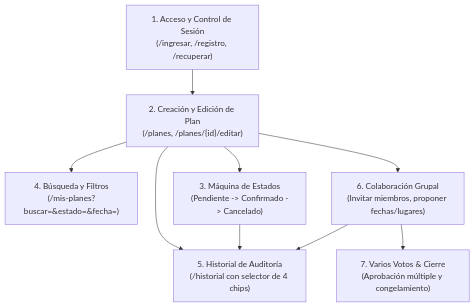
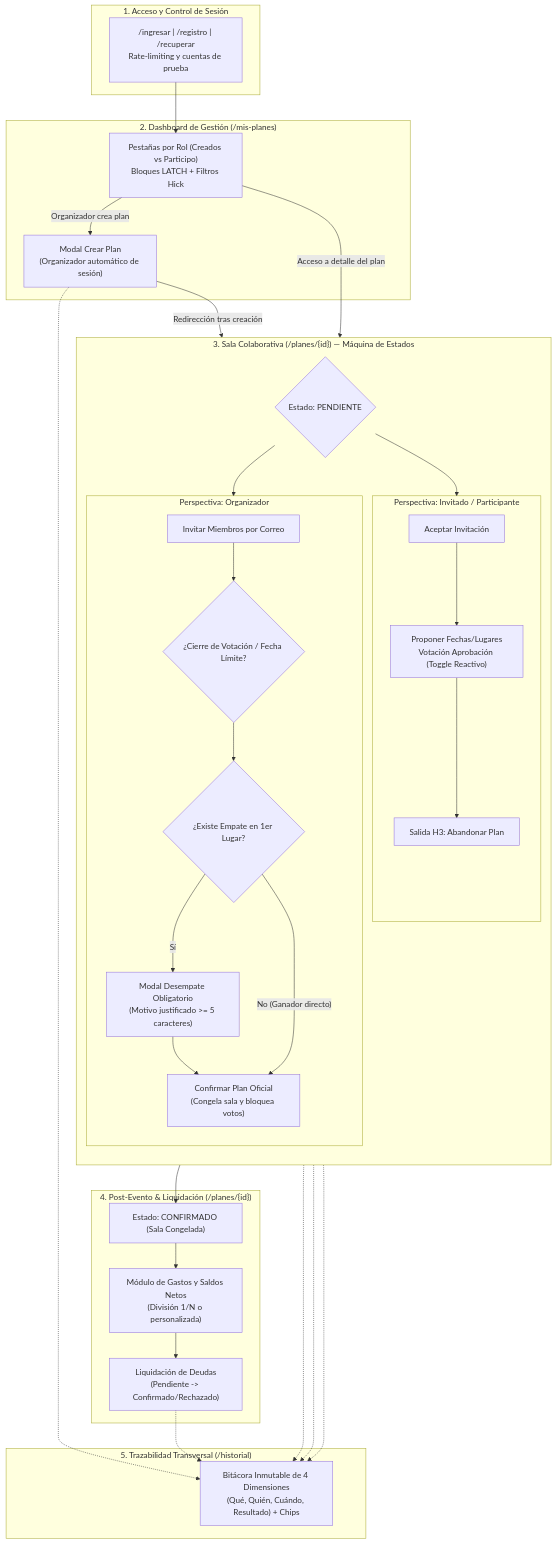
One commit to moises-cisneros/Proyecto2IHC changed the diagram in README.md. Above: the diagram before and after it, drawn with Mermaid. The commit also changed other lines of this file and 3 other files, not shown here.

````diff
--- a/README.md
+++ b/README.md
@@ -141,9 +141,57 @@
 ```mermaid
 flowchart TD
-    F1["1. Acceso y Control de Sesión<br/>(/ingresar, /registro, /recuperar)"] --> F2["2. Creación y Edición de Plan<br/>(/planes, /planes/{id}/editar)"]
-    F2 --> F4["4. Búsqueda y Filtros<br/>(/mis-planes?buscar=&estado=&fecha=)"]
-    F2 --> F3["3. Máquina de Estados<br/>(Pendiente -> Confirmado -> Cancelado)"]
-    F2 --> F6["6. Colaboración Grupal<br/>(Invitar miembros, proponer fechas/lugares)"]
-    F6 --> F7["7. Varios Votos & Cierre<br/>(Aprobación múltiple y congelamiento)"]
-    F2 & F3 & F6 --> F5["5. Historial de Auditoría<br/>(/historial con selector de 4 chips)"]
+    subgraph G_Acceso["1. Acceso y Control de Sesión"]
+        Login["/ingresar | /registro | /recuperar<br/>Rate-limiting y cuentas de prueba"]
+    end
+
+    subgraph G_Dashboard["2. Dashboard de Gestión (/mis-planes)"]
+        Dash["Pestañas por Rol (Creados vs Participo)<br/>Bloques LATCH + Filtros Hick"]
+        ModalCrear["Modal Crear Plan<br/>(Organizador automático de sesión)"]
+        Dash -->|"Organizador crea plan"| ModalCrear
+    end
+
+    subgraph G_Sala["3. Sala Colaborativa (/planes/{id}) — Máquina de Estados"]
+        direction TB
+        EstadoPendiente{"Estado: PENDIENTE"}
+
+        subgraph S_Participante["Perspectiva: Invitado / Participante"]
+            AceptarInv["Aceptar Invitación"] --> ProponerVotar["Proponer Fechas/Lugares<br/>Votación Aprobación (Toggle Reactivo)"]
+            ProponerVotar --> Abandono["Salida H3: Abandonar Plan"]
+        end
+
+        subgraph S_Organizador["Perspectiva: Organizador"]
+            Invitar["Invitar Miembros por Correo"]
+            Cierre{"¿Cierre de Votación / Fecha Límite?"}
+            Empate{"¿Existe Empate en 1er Lugar?"}
+            DesempateModal["Modal Desempate Obligatorio<br/>(Motivo justificado >= 5 caracteres)"]
+            ConfirmarAccion["Confirmar Plan Oficial<br/>(Congela sala y bloquea votos)"]
+
+            Invitar --> Cierre
+            Cierre --> Empate
+            Empate -->|"Sí"| DesempateModal
+            DesempateModal --> ConfirmarAccion
+            Empate -->|"No (Ganador directo)"| ConfirmarAccion
+        end
+
+        EstadoPendiente --> S_Participante
+        EstadoPendiente --> S_Organizador
+    end
+
+    subgraph G_Post["4. Post-Evento & Liquidación (/planes/{id})"]
+        EstadoConfirmado["Estado: CONFIRMADO (Sala Congelada)"]
+        Gastos["Módulo de Gastos y Saldos Netos<br/>(División 1/N o personalizada)"]
+        Pagos["Liquidación de Deudas<br/>(Pendiente -> Confirmado/Rechazado)"]
+        EstadoConfirmado --> Gastos --> Pagos
+    end
+
+    subgraph G_Auditoria["5. Trazabilidad Transversal (/historial)"]
+        Bitacora["Bitácora Inmutable de 4 Dimensiones<br/>(Qué, Quién, Cuándo, Resultado) + Chips"]
+    end
+
+    Login --> Dash
+    ModalCrear -->|"Redirección tras creación"| EstadoPendiente
+    Dash -->|"Acceso a detalle del plan"| EstadoPendiente
+    ConfirmarAccion --> EstadoConfirmado
+
+    ModalCrear & ProponerVotar & DesempateModal & ConfirmarAccion & Pagos -.-> Bitacora
 ```
````
